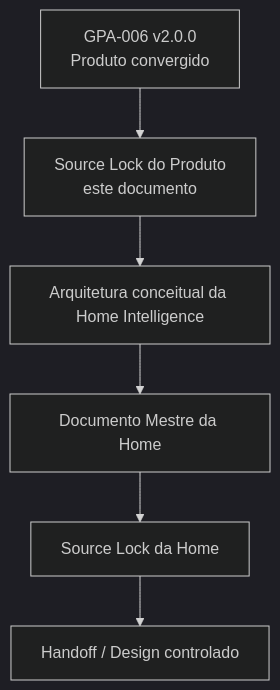
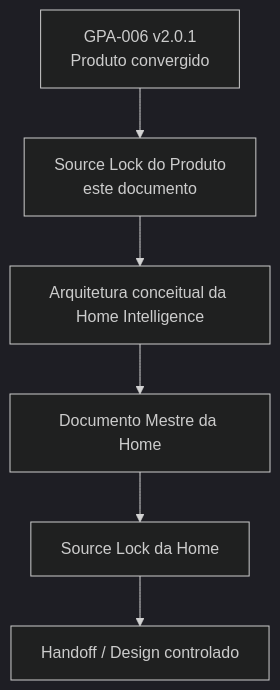
One commit to guivos-repositorio/Guivos-Knowledge-Repository changed the first of 8 diagrams in docs/product-architecture/intelligence-product-source-lock.md. Above: the diagram before and after it, drawn with Mermaid (dark theme). The commit also changed other lines of this file, not shown here.

````diff
--- a/docs/product-architecture/intelligence-product-source-lock.md
+++ b/docs/product-architecture/intelligence-product-source-lock.md
@@ -92,11 +101,11 @@
 ```mermaid
 flowchart TD
-    A[GPA-006 v2.0.0\nProduto convergido]
+    A[GPA-006 v2.0.1\nProduto convergido]
     B[Source Lock do Produto\neste documento]
     C[Arquitetura conceitual da Home Intelligence]
     D[Documento Mestre da Home]
     E[Source Lock da Home]
     F[Handoff / Design controlado]
 
     A --> B --> C --> D --> E --> F
 ```
````
